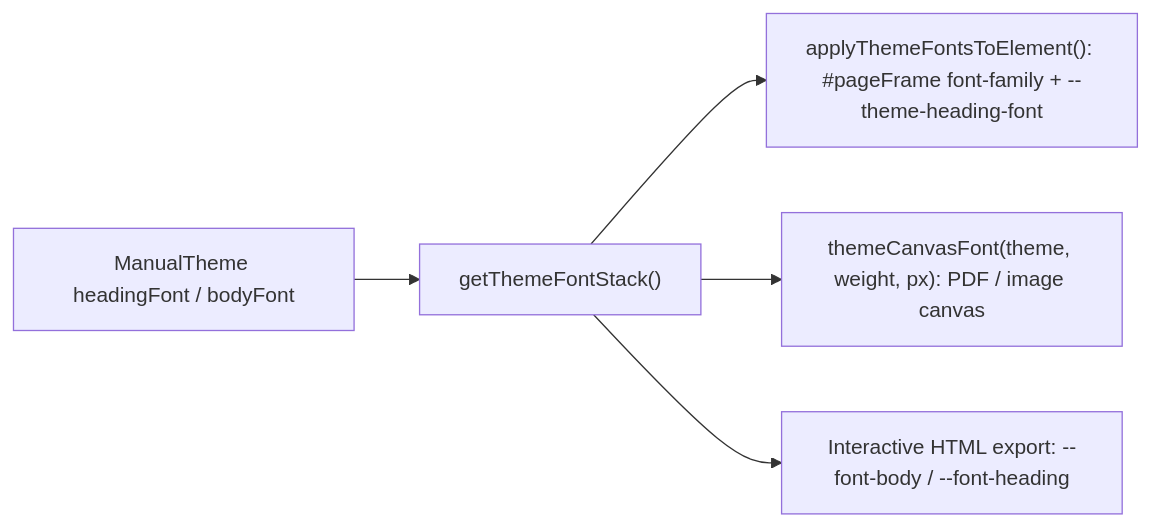
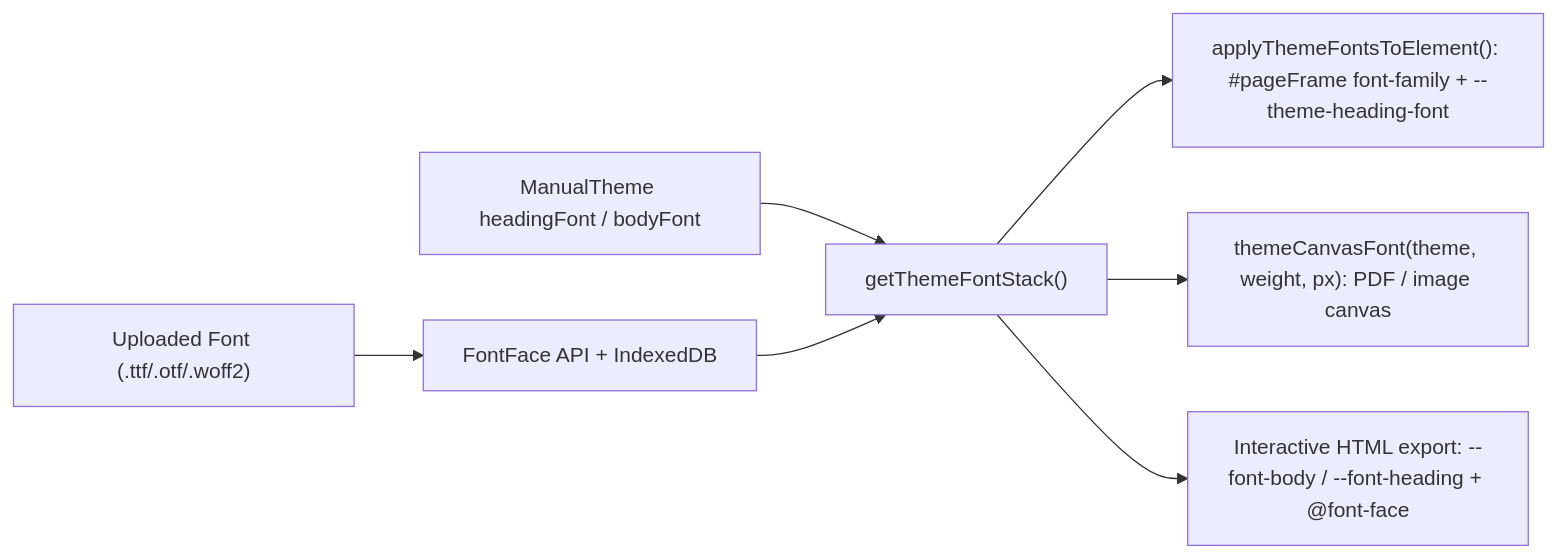
The diagram in docs/THEME_FONTS_DESIGN.md (star4z/Brick-Instruction-Creator), drawn with Mermaid before and after one commit. The commit also changed other lines of this file and 45 other files, not shown here.

````diff
--- a/docs/THEME_FONTS_DESIGN.md
+++ b/docs/THEME_FONTS_DESIGN.md
@@ -34,7 +56,9 @@
 ```mermaid
 flowchart LR
   T["ManualTheme headingFont / bodyFont"] --> S["getThemeFontStack()"]
+  U["Uploaded Font (.ttf/.otf/.woff2)"] --> F["FontFace API + IndexedDB"]
+  F --> S
   S --> D["applyThemeFontsToElement(): #pageFrame font-family + --theme-heading-font"]
   S --> C["themeCanvasFont(theme, weight, px): PDF / image canvas"]
-  S --> H["Interactive HTML export: --font-body / --font-heading"]
+  S --> H["Interactive HTML export: --font-body / --font-heading + @font-face"]
 ```
````
